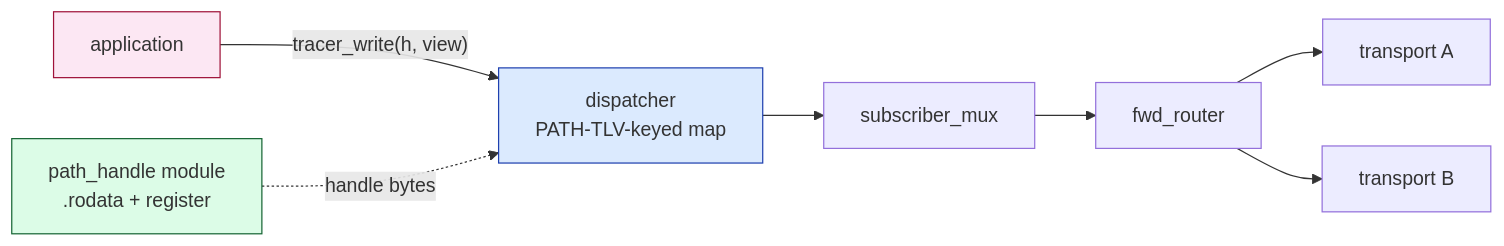
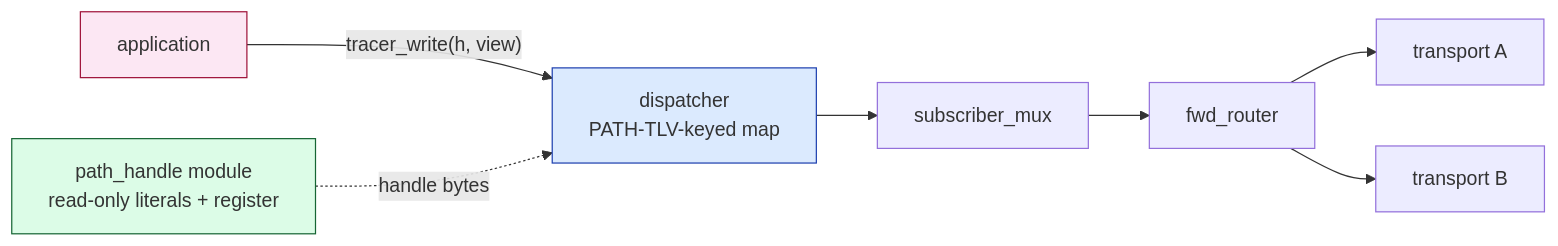
One commit to avatarsd-llc/libtracer changed the diagram in docs/reference/10-module-catalog.md. Above: the diagram before and after it, drawn with Mermaid. The commit also changed other lines of this file and 45 other files, not shown here.

````diff
--- a/docs/reference/10-module-catalog.md
+++ b/docs/reference/10-module-catalog.md
@@ -347,20 +318,20 @@
 ```mermaid
 flowchart LR
     APP[application]
-    PH[path_handle module<br/>.rodata + register]
+    PH[path_handle module<br/>read-only literals + register]
     DISP[dispatcher<br/>PATH-TLV-keyed map]
     SUBM[subscriber_mux]
     FR[fwd_router]
     TXA[transport A]
     TXB[transport B]
 
     APP -- "tracer_write(h, view)" --> DISP
     PH -. "handle bytes" .-> DISP
     DISP --> SUBM
     SUBM --> FR
     FR --> TXA
     FR --> TXB
     style APP fill:#fce7f3,stroke:#9f1239
     style PH fill:#dcfce7,stroke:#166534
     style DISP fill:#dbeafe,stroke:#1e40af
 ```
````
